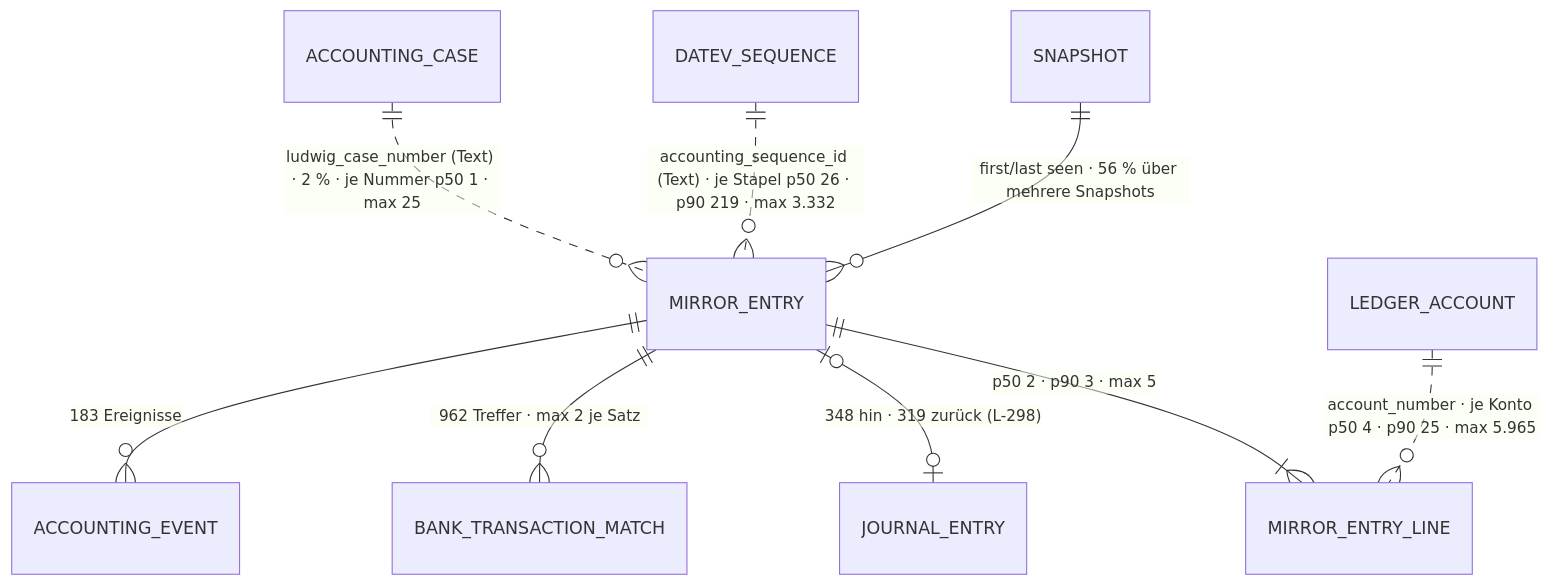
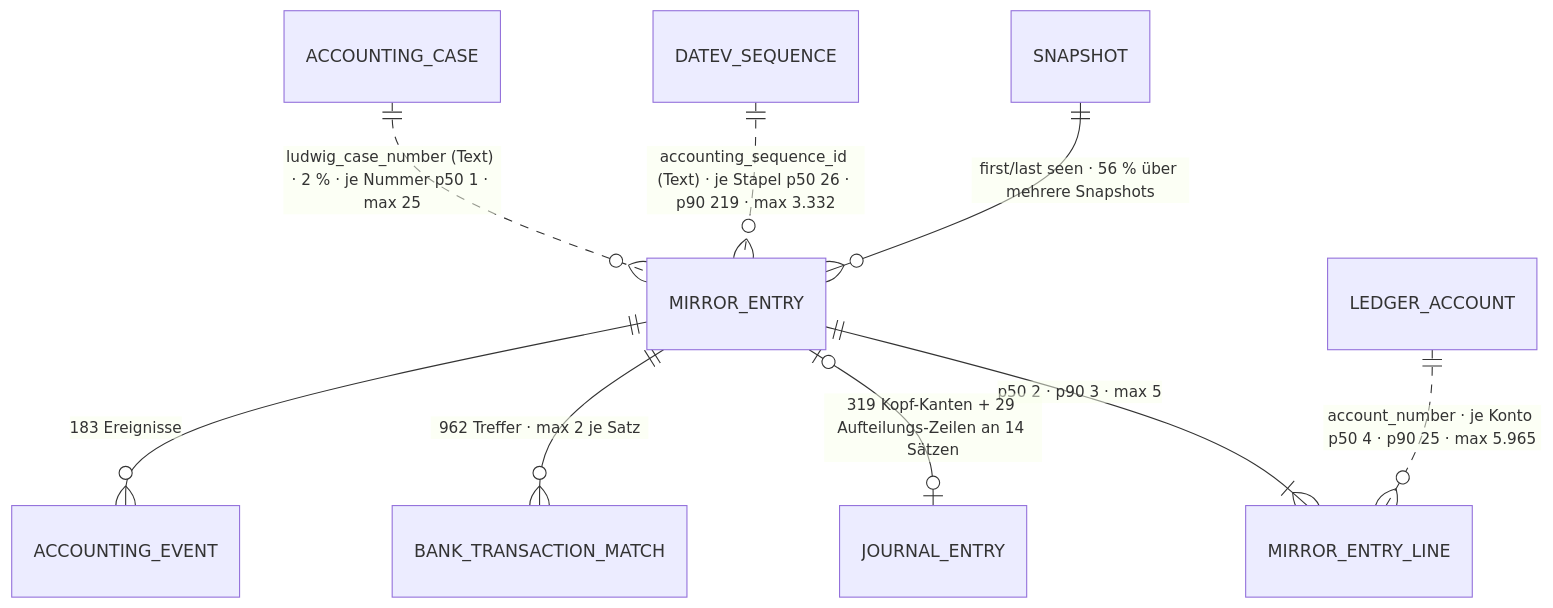
Before and after one commit to ludwig-steuer/ludwig-designsystem: the diagram in docs/entitaeten/datev-mirror-entry.md, drawn with Mermaid. The commit also changed other lines of this file and 2 other files, not shown here.

````diff
--- a/docs/entitaeten/datev-mirror-entry.md
+++ b/docs/entitaeten/datev-mirror-entry.md
@@ -43,11 +43,11 @@
 ```mermaid
 erDiagram
   SNAPSHOT ||--o{ MIRROR_ENTRY : "first/last seen · 56 % über mehrere Snapshots"
   DATEV_SEQUENCE ||..o{ MIRROR_ENTRY : "accounting_sequence_id (Text) · je Stapel p50 26 · p90 219 · max 3.332"
   MIRROR_ENTRY ||--|{ MIRROR_ENTRY_LINE : "p50 2 · p90 3 · max 5"
   LEDGER_ACCOUNT ||..o{ MIRROR_ENTRY_LINE : "account_number · je Konto p50 4 · p90 25 · max 5.965"
-  MIRROR_ENTRY |o--o| JOURNAL_ENTRY : "348 hin · 319 zurück (L-298)"
+  MIRROR_ENTRY |o--o| JOURNAL_ENTRY : "319 Kopf-Kanten + 29 Aufteilungs-Zeilen an 14 Sätzen"
   ACCOUNTING_CASE ||..o{ MIRROR_ENTRY : "ludwig_case_number (Text) · 2 % · je Nummer p50 1 · max 25"
   MIRROR_ENTRY ||--o{ BANK_TRANSACTION_MATCH : "962 Treffer · max 2 je Satz"
   MIRROR_ENTRY ||--o{ ACCOUNTING_EVENT : "183 Ereignisse"
 ```
````
